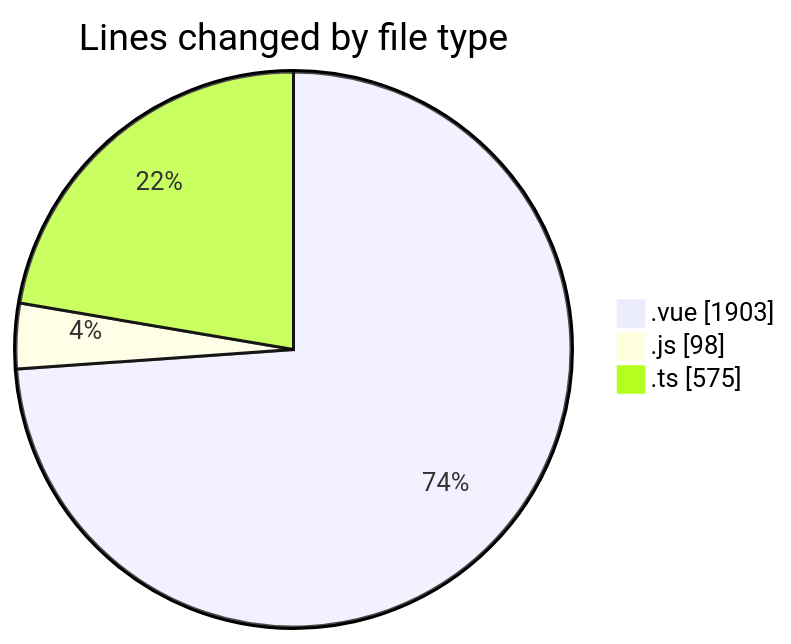
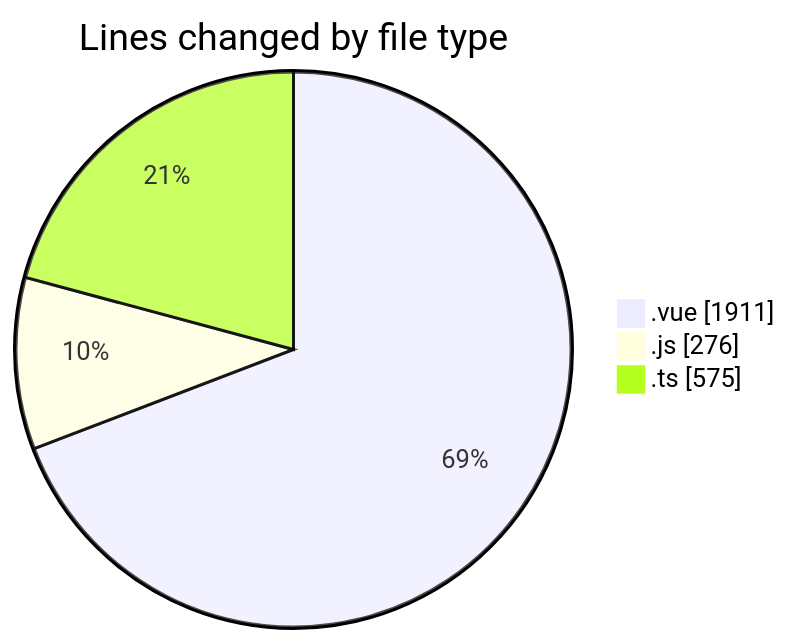
One commit to lephambinh05/code-tracking changed the first of 2 diagrams in 2025-08-12/rentotp/README.md. Above: the diagram before and after it, drawn with Mermaid. The commit also changed other lines of this file and 1 other file, not shown here.

````diff
--- a/2025-08-12/rentotp/README.md
+++ b/2025-08-12/rentotp/README.md
@@ -31,7 +31,7 @@
 ```mermaid
 pie showData
 title Lines changed by file type
-".vue" : 1903
-".js" : 98
+".vue" : 1911
+".js" : 276
 ".ts" : 575
 ```
````
